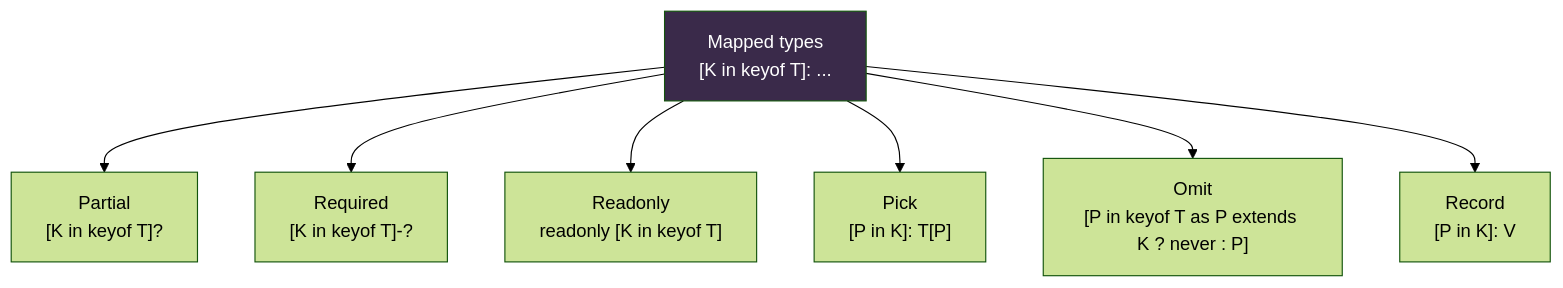
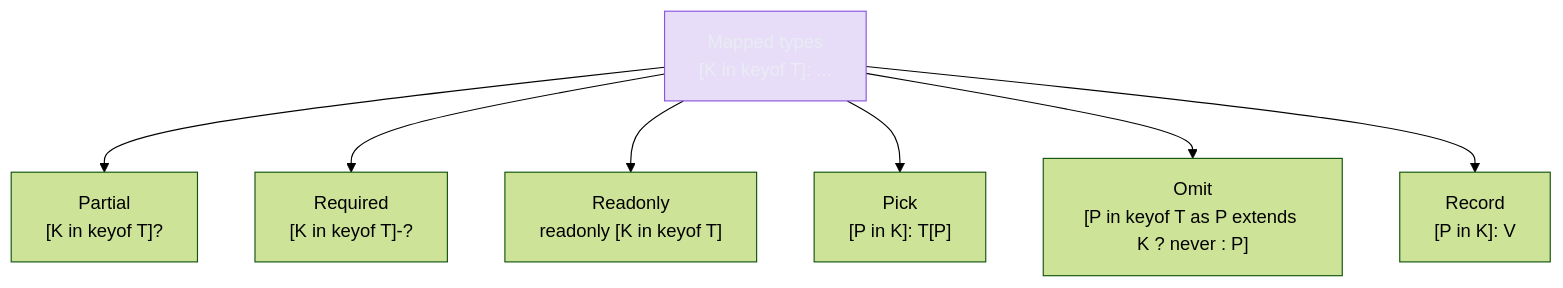
The fifth of 5 diagrams in 03-Dominios/Tecnologia/TypeScript/16 - Mapped types e key remapping.md (josenaldo/codex-technomanticus), drawn with Mermaid (forest theme) before and after one commit. The commit also changed other lines of this file and 1181 other files, not shown here.

First line of the commit message:
fix(diagramas): paleta do sistema no lugar de cor cravada no markdown

````diff
--- a/03-Dominios/Tecnologia/TypeScript/16 - Mapped types e key remapping.md
+++ b/03-Dominios/Tecnologia/TypeScript/16 - Mapped types e key remapping.md
@@ -427,15 +433,16 @@
 ```mermaid
 flowchart TD
+    classDef marca fill:#8855DF33,stroke:#8855DF,color:#E9ECF2
     MT["Mapped types\n[K in keyof T]: ..."]
 
     P["Partial<T>\n[K in keyof T]?"]
     Req["Required<T>\n[K in keyof T]-?"]
     RO["Readonly<T>\nreadonly [K in keyof T]"]
     Pi["Pick<T, K>\n[P in K]: T[P]"]
     Om["Omit<T, K>\n[P in keyof T as P extends K ? never : P]"]
     Rec["Record<K, V>\n[P in K]: V"]
 
     MT --> P & Req & RO & Pi & Om & Rec
 
-    style MT fill:#3a2a4a,color:#fff
+    class MT marca
 ```
````
